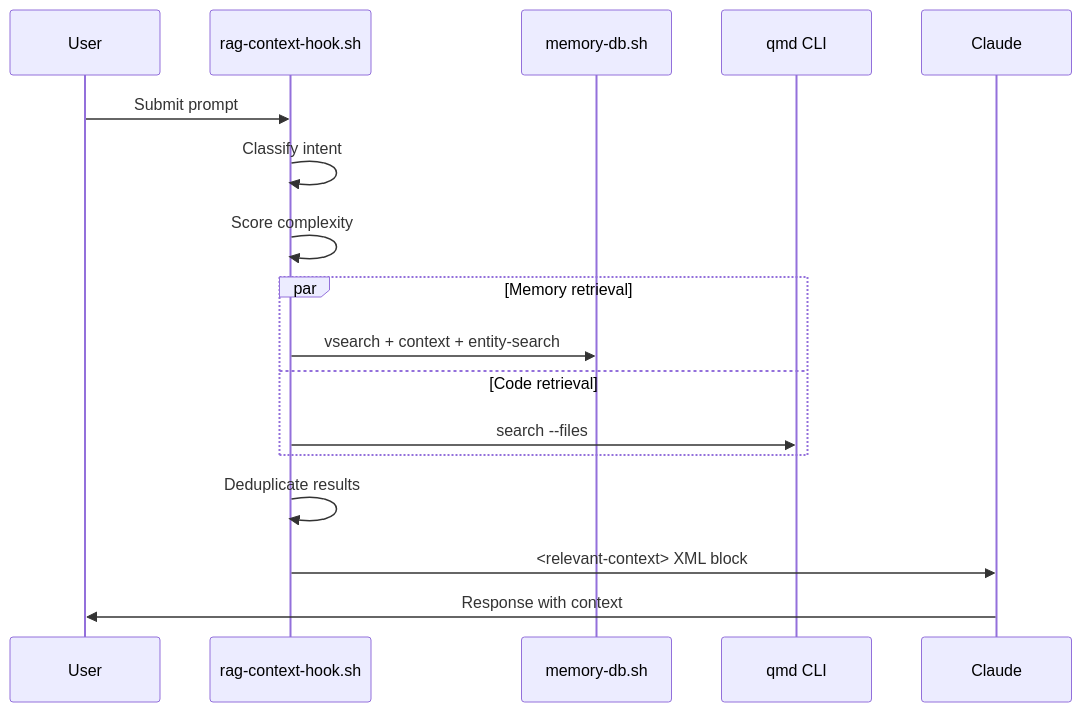
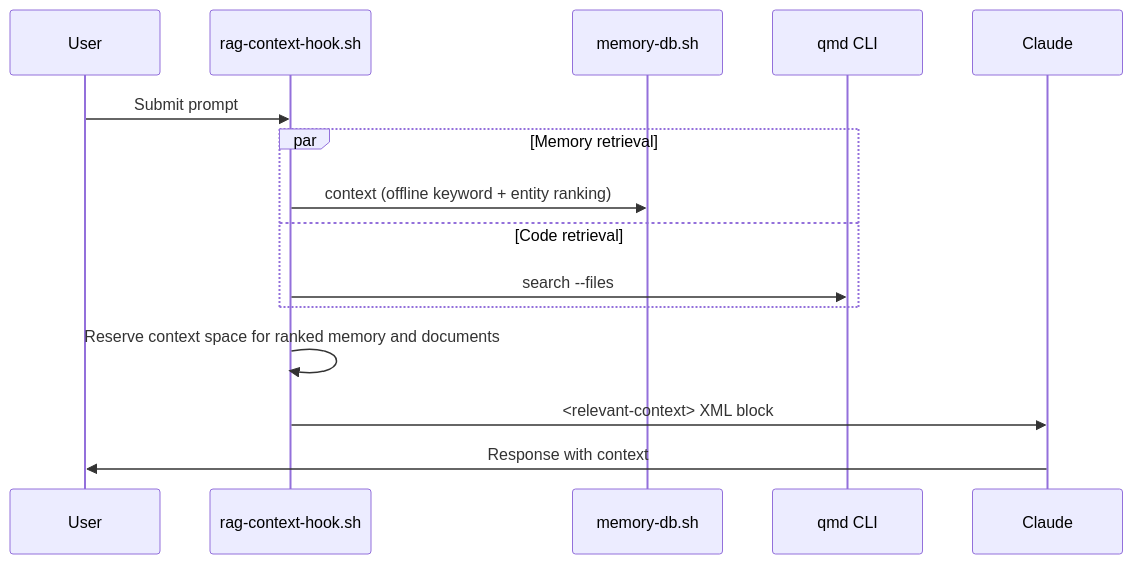
Before and after one commit to iagocavalcante/claude-turbo-search: the third of 3 diagrams in docs/CODEBASE_MAP.md, drawn with Mermaid. The commit also changed other lines of this file and 27 other files, not shown here.

````diff
--- a/docs/CODEBASE_MAP.md
+++ b/docs/CODEBASE_MAP.md
@@ -245,20 +253,18 @@
 ```mermaid
 sequenceDiagram
     participant User
     participant Hook as rag-context-hook.sh
     participant CLI as memory-db.sh
     participant QMD as qmd CLI
     participant Claude
 
     User->>Hook: Submit prompt
-    Hook->>Hook: Classify intent
-    Hook->>Hook: Score complexity
     par Memory retrieval
-        Hook->>CLI: vsearch + context + entity-search
+        Hook->>CLI: context (offline keyword + entity ranking)
     and Code retrieval
         Hook->>QMD: search --files
     end
-    Hook->>Hook: Deduplicate results
+    Hook->>Hook: Reserve context space for ranked memory and documents
     Hook->>Claude: <relevant-context> XML block
     Claude->>User: Response with context
 ```
````
